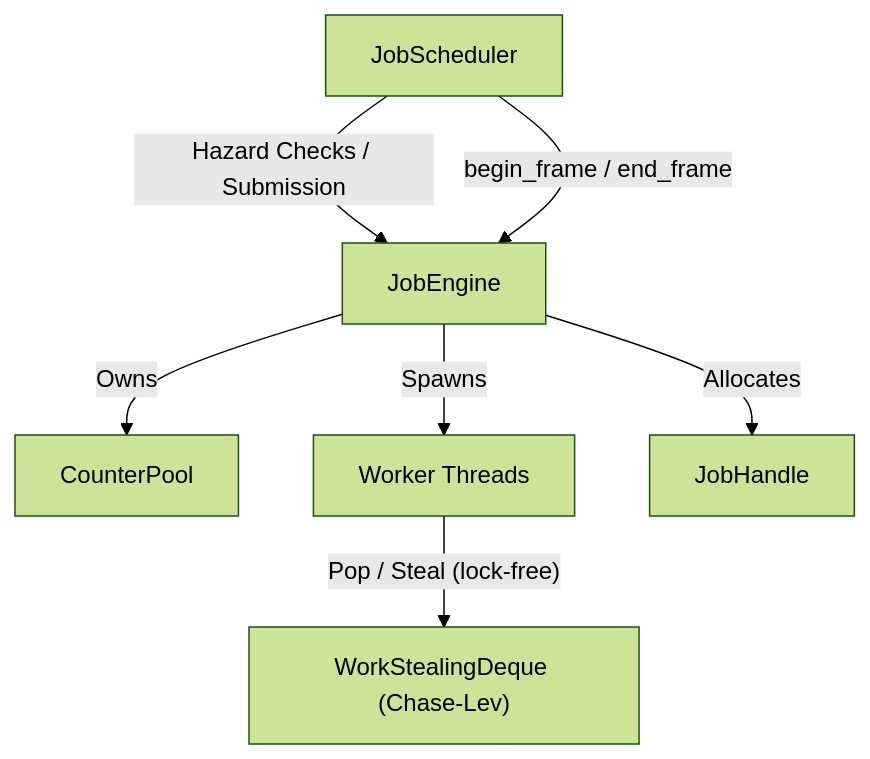
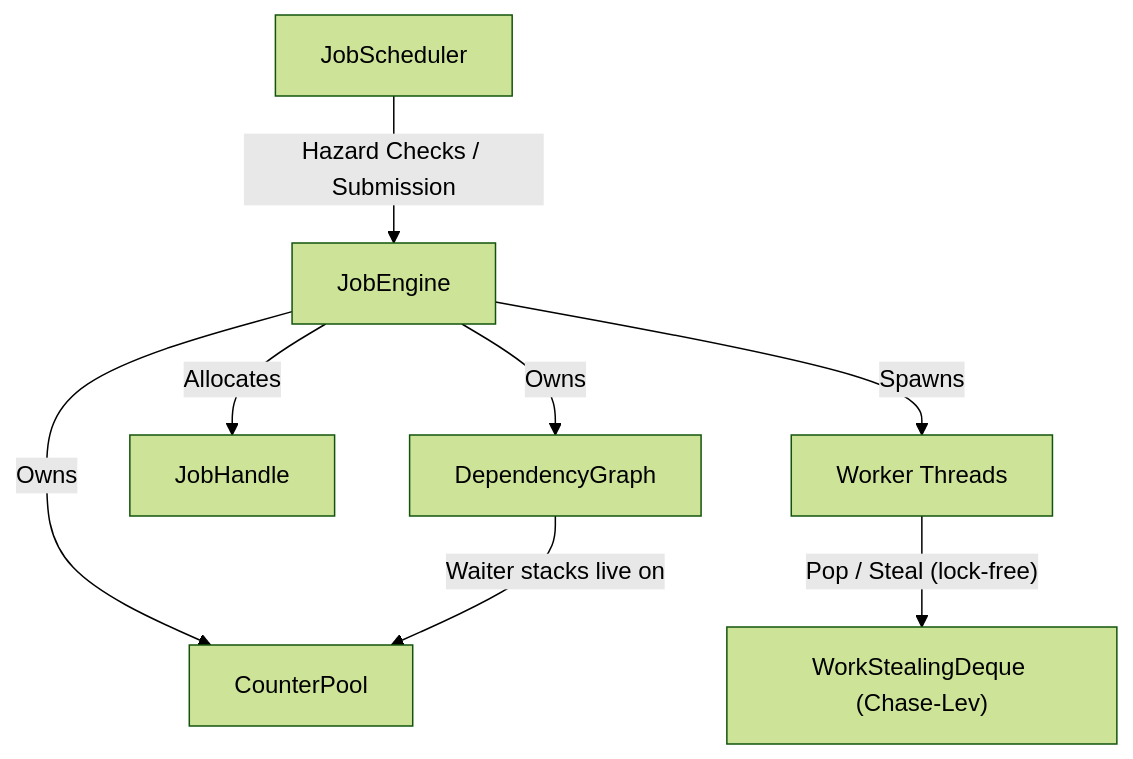
Before and after one commit to cooparobla/libcoopa: the diagram in coopa/job/README.md, drawn with Mermaid (forest theme). The commit also changed other lines of this file and 44 other files, not shown here.

````diff
--- a/coopa/job/README.md
+++ b/coopa/job/README.md
@@ -7,9 +7,10 @@
 ```mermaid
 graph TD
     JS[JobScheduler] -- "Hazard Checks / Submission" --> JE[JobEngine]
     JE -- "Owns" --> CP[CounterPool]
     JE -- "Spawns" --> WT[Worker Threads]
     WT -- "Pop / Steal (lock-free)" --> WSD["WorkStealingDeque (Chase-Lev)"]
     JE -- "Allocates" --> JH[JobHandle]
-    JS -- "begin_frame / end_frame" --> JE
+    JE -- "Owns" --> DG[DependencyGraph]
+    DG -- "Waiter stacks live on" --> CP
 ```
````
